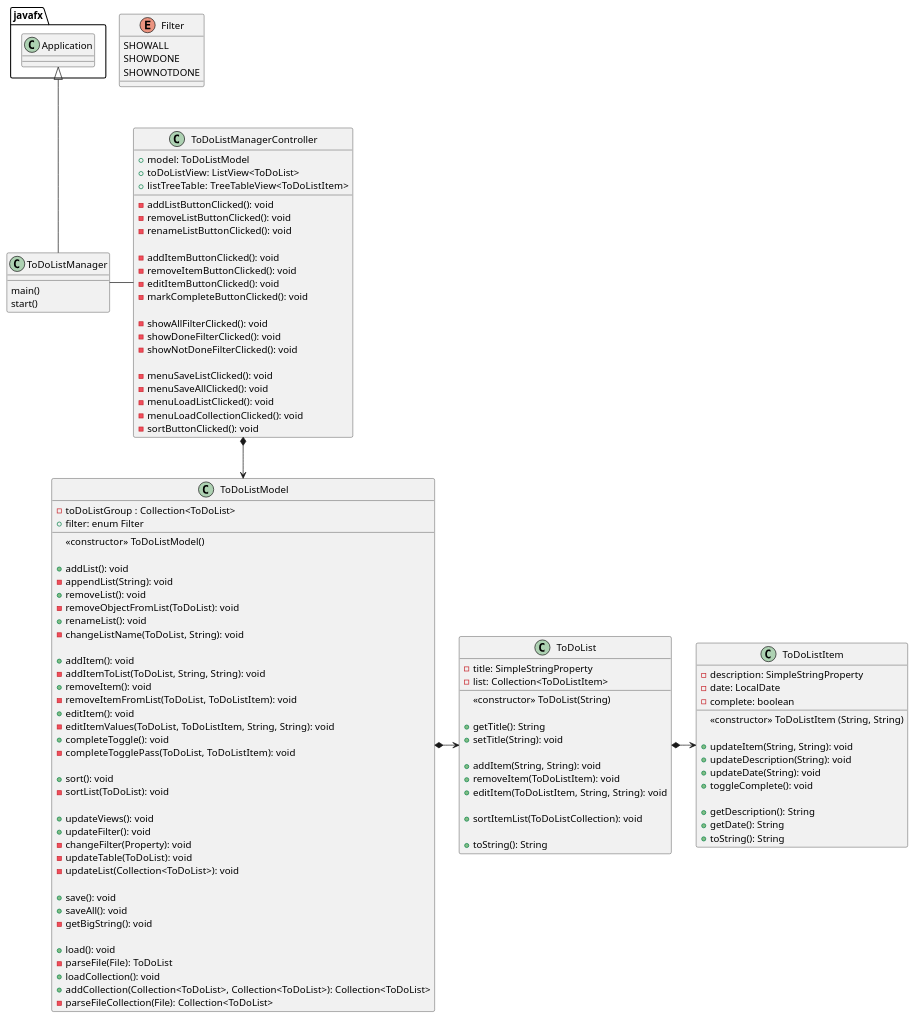
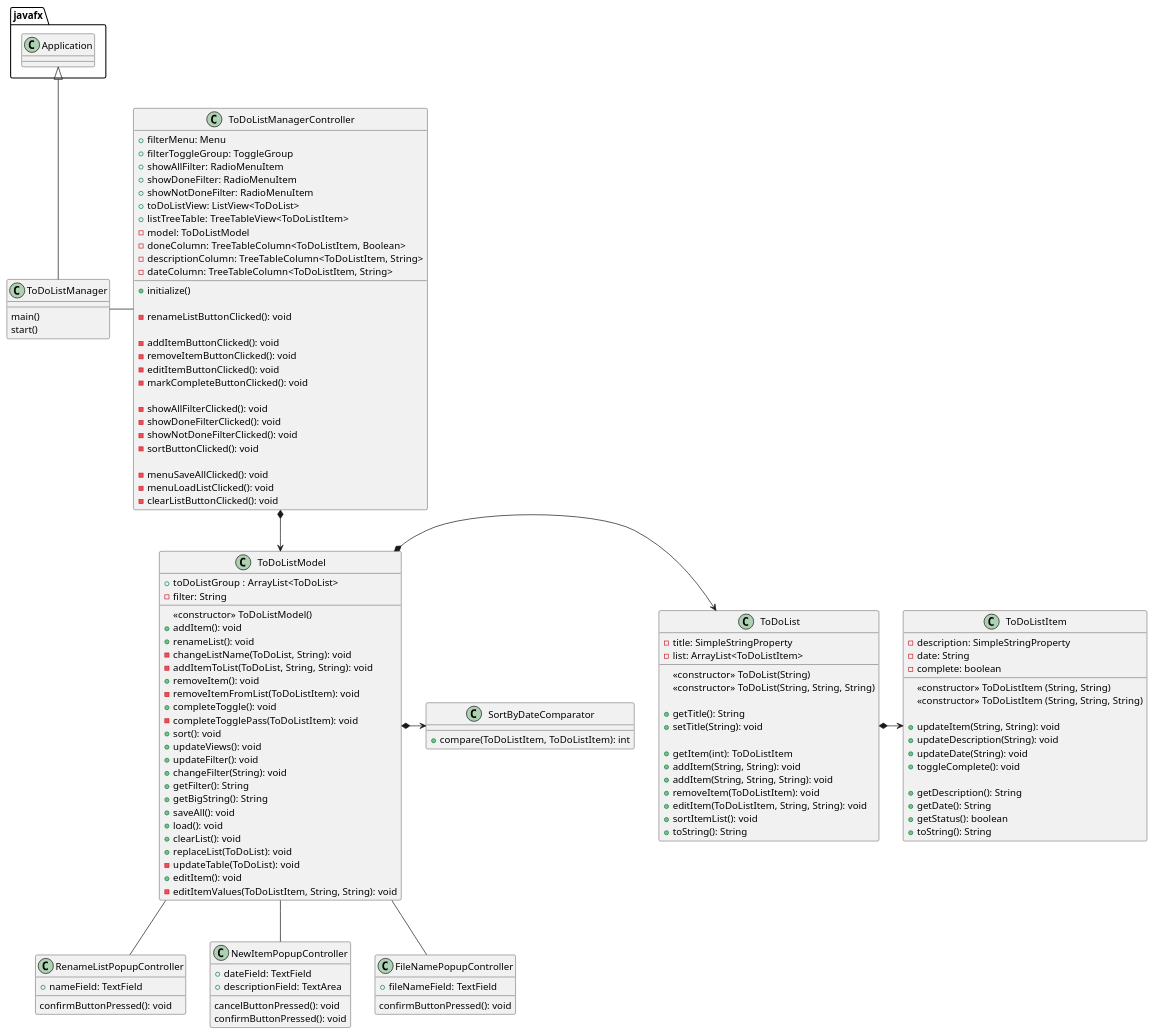
Before and after one commit to GSabiniPanini/little-cop3330-assignment4part2: the diagram in uml/ToDoListManager.puml, drawn with PlantUML. The commit also changed 1 other file, not shown here.

```diff
--- a/uml/ToDoListManager.puml
+++ b/uml/ToDoListManager.puml
@@ -1,123 +1,143 @@
 @startuml
 'https://plantuml.com/class-diagram'
 
 class ToDoListManager {
     main()
     start()
 }
 
-enum Filter {
-    SHOWALL
-    SHOWDONE
-    SHOWNOTDONE
-}
-
 class ToDoListManagerController {
-    + model: ToDoListModel
+    + filterMenu: Menu
+    + filterToggleGroup: ToggleGroup
+    + showAllFilter: RadioMenuItem
+    + showDoneFilter: RadioMenuItem
+    + showNotDoneFilter: RadioMenuItem
     + toDoListView: ListView<ToDoList>
     + listTreeTable: TreeTableView<ToDoListItem>
+    - model: ToDoListModel
+    - doneColumn: TreeTableColumn<ToDoListItem, Boolean>
+    - descriptionColumn: TreeTableColumn<ToDoListItem, String>
+    - dateColumn: TreeTableColumn<ToDoListItem, String>
 
-    - addListButtonClicked(): void
-    - removeListButtonClicked(): void
+    + initialize()
+
     - renameListButtonClicked(): void
 
     - addItemButtonClicked(): void
     - removeItemButtonClicked(): void
     - editItemButtonClicked(): void
     - markCompleteButtonClicked(): void
 
     - showAllFilterClicked(): void
     - showDoneFilterClicked(): void
     - showNotDoneFilterClicked(): void
+    - sortButtonClicked(): void
 
-    - menuSaveListClicked(): void
     - menuSaveAllClicked(): void
     - menuLoadListClicked(): void
-    - menuLoadCollectionClicked(): void
-    - sortButtonClicked(): void
+    - clearListButtonClicked(): void
 }
 
 class ToDoListModel {
-    - toDoListGroup : Collection<ToDoList>
-    + filter: enum Filter
+    + toDoListGroup : ArrayList<ToDoList>
+    - filter: String
 
     <<constructor>> ToDoListModel()
 
-    + addList(): void
-    - appendList(String): void
-    + removeList(): void
-    - removeObjectFromList(ToDoList): void
+
+    + addItem(): void
     + renameList(): void
     - changeListName(ToDoList, String): void
-
-    + addItem(): void
     - addItemToList(ToDoList, String, String): void
     + removeItem(): void
-    - removeItemFromList(ToDoList, ToDoListItem): void
-    + editItem(): void
-    - editItemValues(ToDoList, ToDoListItem, String, String): void
+    - removeItemFromList(ToDoListItem): void
     + completeToggle(): void
-    - completeTogglePass(ToDoList, ToDoListItem): void
-
+    - completeTogglePass(ToDoListItem): void
     + sort(): void
-    - sortList(ToDoList): void
-
     + updateViews(): void
     + updateFilter(): void
-    - changeFilter(Property): void
+    + changeFilter(String): void
+    + getFilter(): String
+    + getBigString(): String
+    + saveAll(): void
+    + load(): void
+    + clearList(): void
+    + replaceList(ToDoList): void
     - updateTable(ToDoList): void
-    - updateList(Collection<ToDoList>): void
+    + editItem(): void
+    - editItemValues(ToDoListItem, String, String): void
+}
 
-    + save(): void
-    + saveAll(): void
-    - getBigString(): void
+class SortByDateComparator {
+    + compare(ToDoListItem, ToDoListItem): int
+}
 
-    + load(): void
-    - parseFile(File): ToDoList
-    + loadCollection(): void
-    + addCollection(Collection<ToDoList>, Collection<ToDoList>): Collection<ToDoList>
-    - parseFileCollection(File): Collection<ToDoList>
+class RenameListPopupController {
+    + nameField: TextField
+
+    confirmButtonPressed(): void
+}
+
+class NewItemPopupController {
+    + dateField: TextField
+    + descriptionField: TextArea
+
+    cancelButtonPressed(): void
+    confirmButtonPressed(): void
+}
+
+class FileNamePopupController {
+    + fileNameField: TextField
+
+    confirmButtonPressed(): void
 }
 
 class ToDoList {
     - title: SimpleStringProperty
-    - list: Collection<ToDoListItem>
+    - list: ArrayList<ToDoListItem>
 
     <<constructor>> ToDoList(String)
+    <<constructor>> ToDoList(String, String, String)
 
     + getTitle(): String
     + setTitle(String): void
 
+    + getItem(int): ToDoListItem
     + addItem(String, String): void
+    + addItem(String, String, String): void
     + removeItem(ToDoListItem): void
     + editItem(ToDoListItem, String, String): void
-
-    + sortItemList(ToDoListCollection): void
-
+    + sortItemList(): void
     + toString(): String
 }
 
 class ToDoListItem {
     - description: SimpleStringProperty
-    - date: LocalDate
+    - date: String
     - complete: boolean
 
     <<constructor>> ToDoListItem (String, String)
+    <<constructor>> ToDoListItem (String, String, String)
 
     + updateItem(String, String): void
     + updateDescription(String): void
     + updateDate(String): void
     + toggleComplete(): void
 
     + getDescription(): String
     + getDate(): String
+    + getStatus(): boolean
     + toString(): String
 }
 
 javafx.Application <|-- ToDoListManager
 ToDoListManager - ToDoListManagerController
 ToDoListManagerController *--> ToDoListModel
 ToDoListModel *-> ToDoList
+ToDoListModel *-> SortByDateComparator
+ToDoListModel -- RenameListPopupController
+ToDoListModel -- NewItemPopupController
+ToDoListModel -- FileNamePopupController
 ToDoList *-> ToDoListItem
 
 @enduml
```
